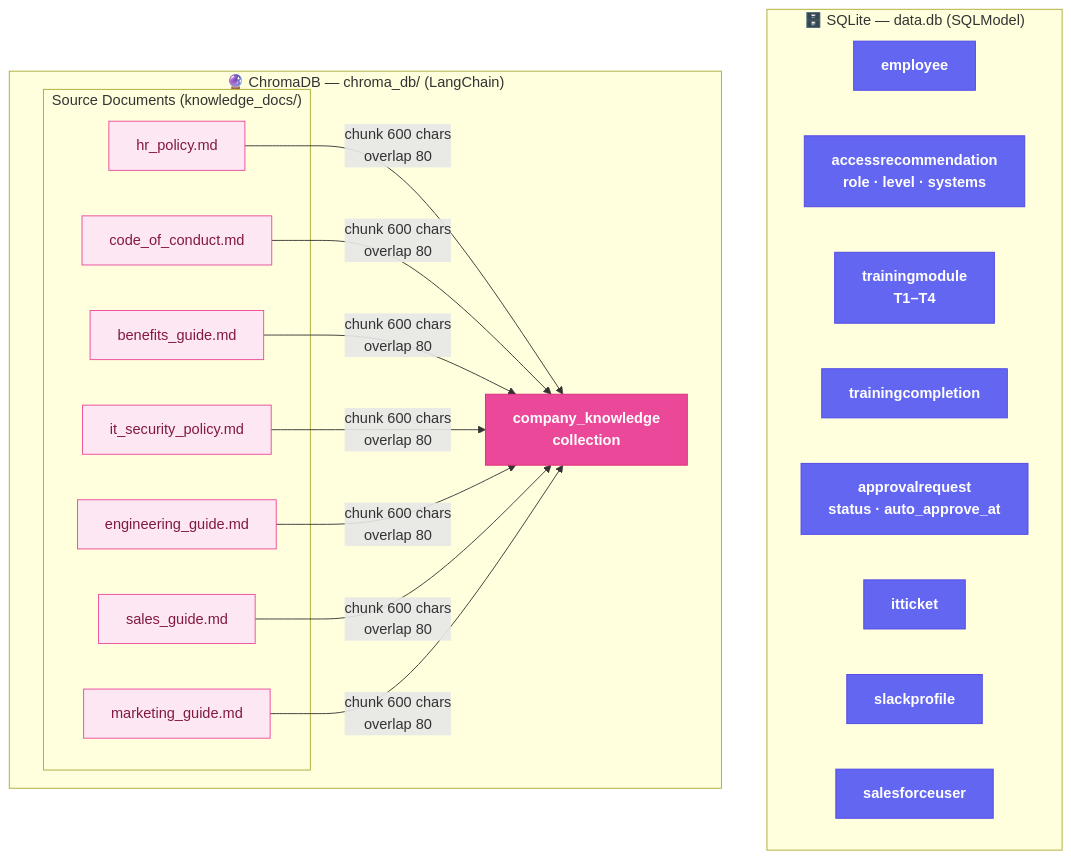
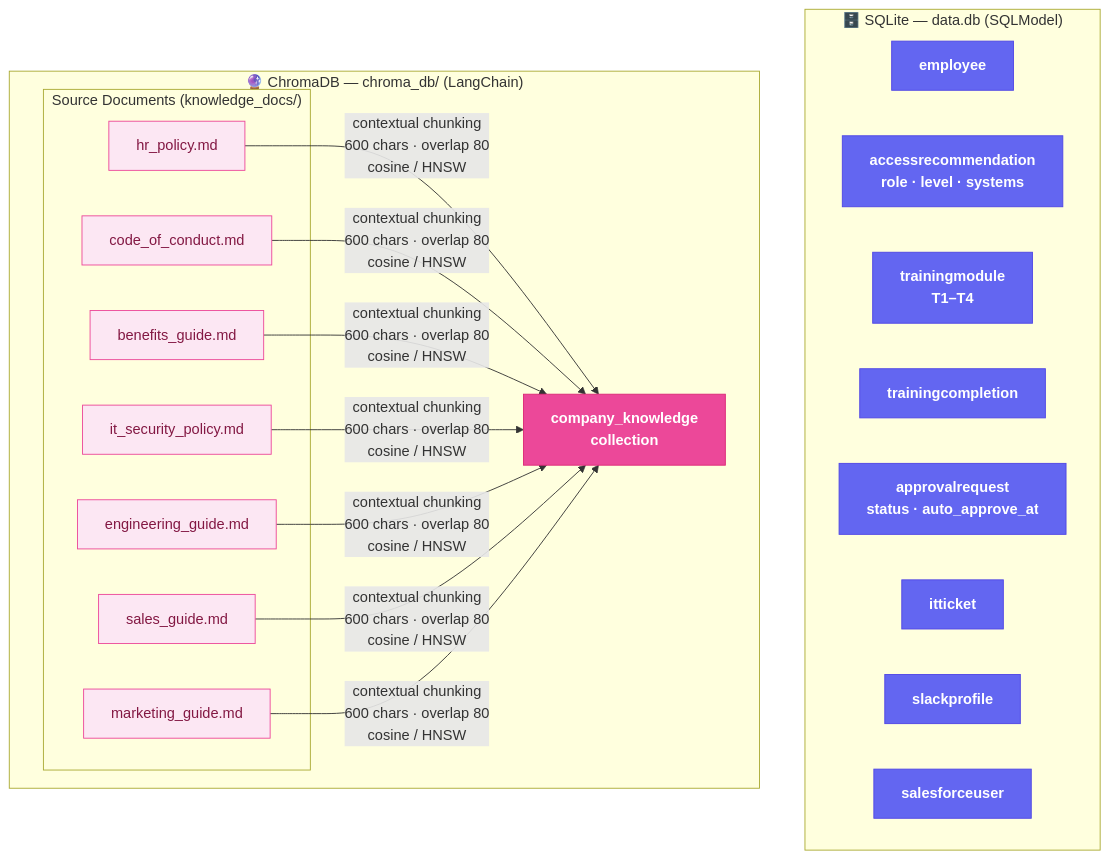
Before and after one commit to alyab16/Employee-Onboarding-Agent: the sixth of 6 diagrams in README.md, drawn with Mermaid. The commit also changed other lines of this file, not shown here.

````diff
--- a/README.md
+++ b/README.md
@@ -262,34 +262,34 @@
 ```mermaid
 flowchart TB
     classDef table fill:#6366F1,stroke:#4F46E5,color:#fff,font-weight:bold
     classDef col fill:#E0E7FF,stroke:#6366F1,color:#1e1b4b
     classDef chunk fill:#FCE7F3,stroke:#EC4899,color:#831843
     classDef doc fill:#EC4899,stroke:#DB2777,color:#fff,font-weight:bold
 
     subgraph SQL ["🗄️  SQLite — data.db  (SQLModel)"]
         direction LR
         EMP["employee"]:::table
         ACC["accessrecommendation\nrole · level · systems"]:::table
         TM["trainingmodule\nT1–T4"]:::table
         TC["trainingcompletion"]:::table
         APR["approvalrequest\nstatus · auto_approve_at"]:::table
         INC["itticket"]:::table
         SP["slackprofile"]:::table
         SFU["salesforceuser"]:::table
     end
 
     subgraph VEC ["🔮  ChromaDB — chroma_db/  (LangChain)"]
         direction LR
         COL["company_knowledge\ncollection"]:::doc
         subgraph Docs ["Source Documents (knowledge_docs/)"]
             D1["hr_policy.md"]:::chunk
             D2["code_of_conduct.md"]:::chunk
             D3["benefits_guide.md"]:::chunk
             D4["it_security_policy.md"]:::chunk
             D5["engineering_guide.md"]:::chunk
             D6["sales_guide.md"]:::chunk
             D7["marketing_guide.md"]:::chunk
         end
-        D1 & D2 & D3 & D4 & D5 & D6 & D7 -->|"chunk 600 chars\noverlap 80"| COL
+        D1 & D2 & D3 & D4 & D5 & D6 & D7 -->|"contextual chunking\n600 chars · overlap 80\ncosine / HNSW"| COL
     end
 ```
````
